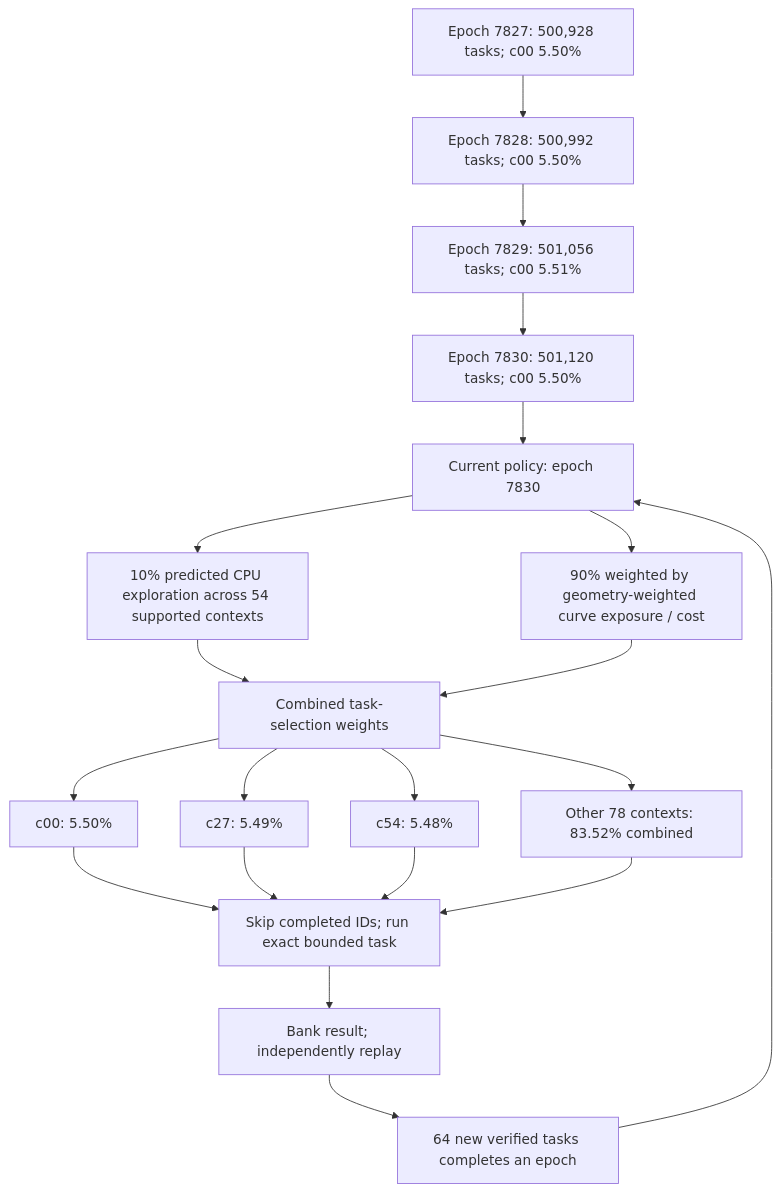
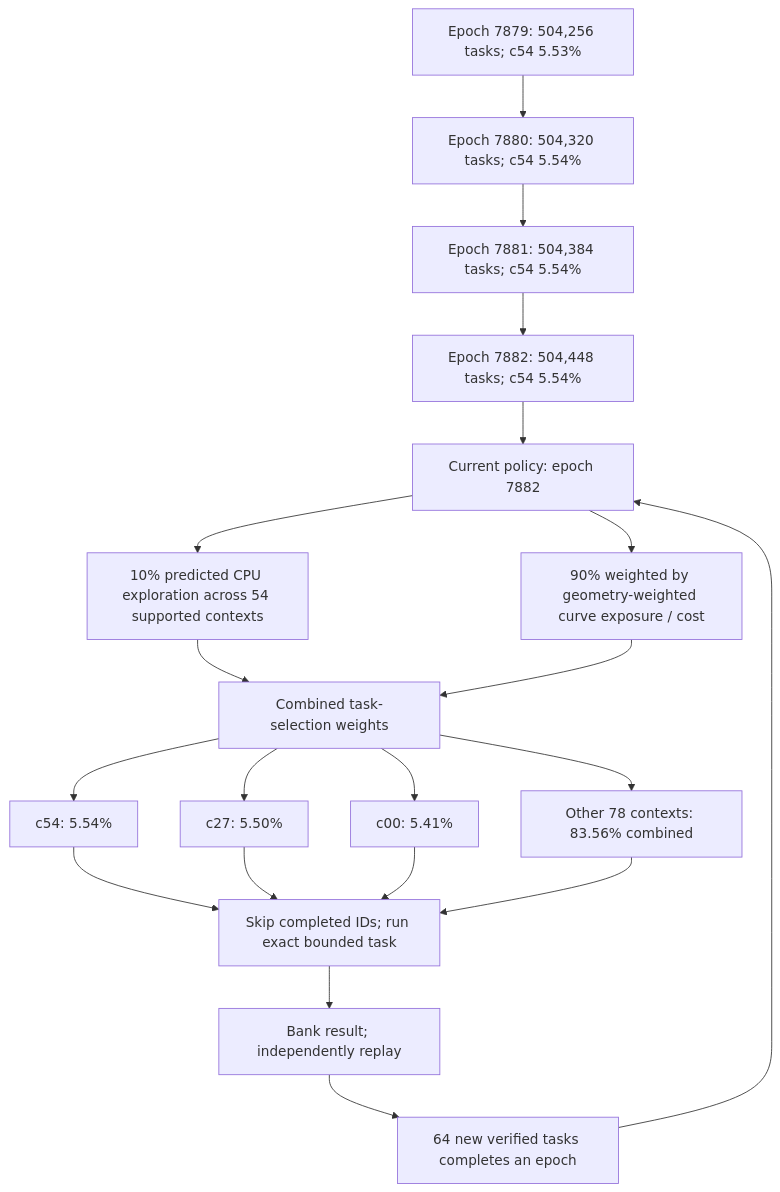
Before and after one commit to Kuberwastaken/math-gambling: the first of 4 diagrams in README.md, drawn with Mermaid. The commit also changed other lines of this file and 7061 other files, not shown here.

````diff
--- a/README.md
+++ b/README.md
@@ -60,27 +60,27 @@
 ```mermaid
 flowchart TD
-    H0["Epoch 7827: 500,928 tasks; c00 5.50%"]
-    H1["Epoch 7828: 500,992 tasks; c00 5.50%"]
+    H0["Epoch 7879: 504,256 tasks; c54 5.53%"]
+    H1["Epoch 7880: 504,320 tasks; c54 5.54%"]
     H0 --> H1
-    H2["Epoch 7829: 501,056 tasks; c00 5.51%"]
+    H2["Epoch 7881: 504,384 tasks; c54 5.54%"]
     H1 --> H2
-    H3["Epoch 7830: 501,120 tasks; c00 5.50%"]
+    H3["Epoch 7882: 504,448 tasks; c54 5.54%"]
     H2 --> H3
-    Policy["Current policy: epoch 7830"]
+    Policy["Current policy: epoch 7882"]
     H3 --> Policy
     Policy --> Explore["10% predicted CPU exploration across 54 supported contexts"]
     Policy --> Cost["90% weighted by geometry-weighted curve exposure / cost"]
     Explore --> Mix["Combined task-selection weights"]
     Cost --> Mix
-    Mix --> C0["c00: 5.50%"]
-    Mix --> C1["c27: 5.49%"]
-    Mix --> C2["c54: 5.48%"]
-    Mix --> Rest["Other 78 contexts: 83.52% combined"]
+    Mix --> C0["c54: 5.54%"]
+    Mix --> C1["c27: 5.50%"]
+    Mix --> C2["c00: 5.41%"]
+    Mix --> Rest["Other 78 contexts: 83.56% combined"]
     C0 --> Check["Skip completed IDs; run exact bounded task"]
     C1 --> Check
     C2 --> Check
     Rest --> Check
     Check --> Replay["Bank result; independently replay"]
     Replay --> Gate["64 new verified tasks completes an epoch"]
     Gate --> Policy
 ```
````
